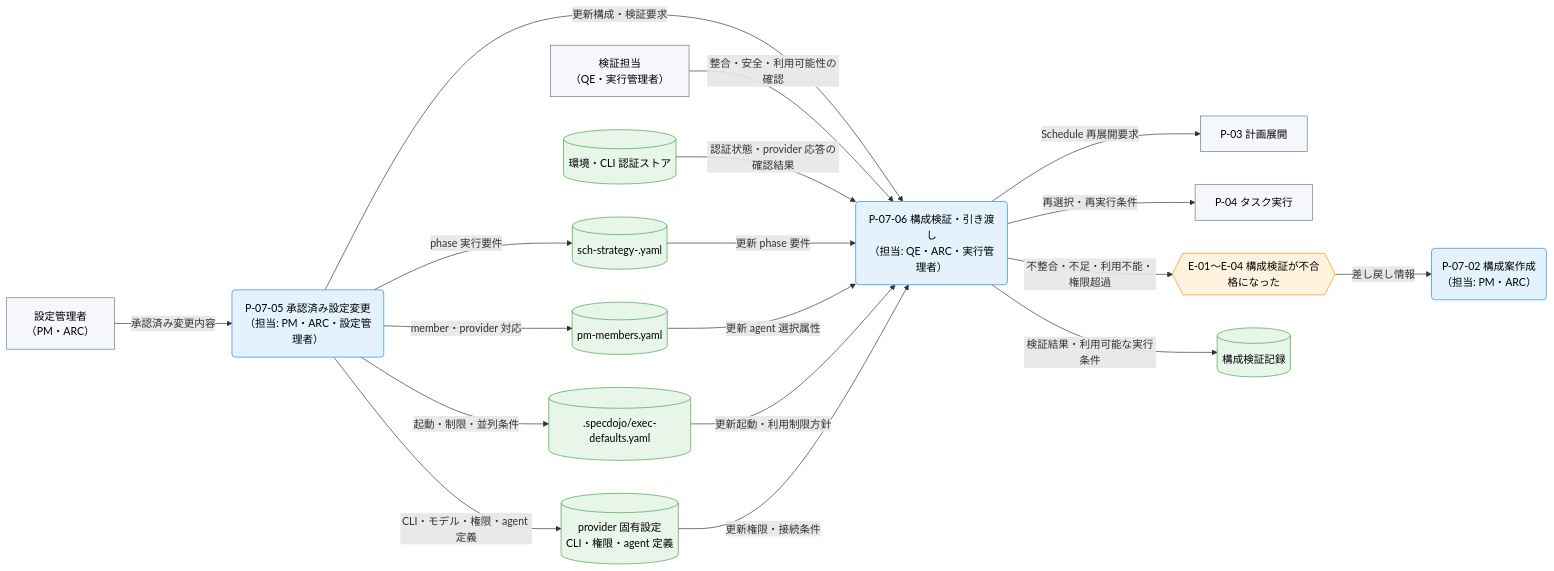
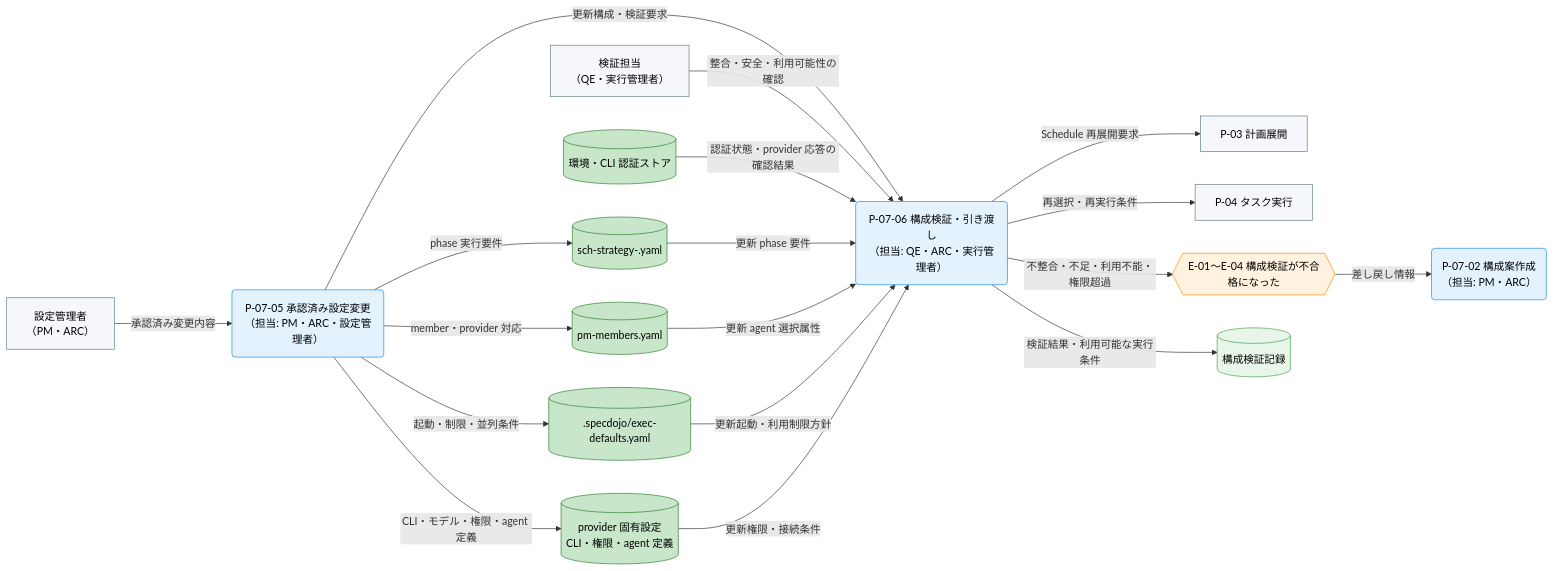
The third of 3 diagrams in docs/ja/product/010-business-specs/010-data-flow/cdfd-agent-config-operation.md (specdojo/specdojo), drawn with Mermaid before and after one commit. The commit also changed other lines of this file and 6 other files, not shown here.

````diff
--- a/docs/ja/product/010-business-specs/010-data-flow/cdfd-agent-config-operation.md
+++ b/docs/ja/product/010-business-specs/010-data-flow/cdfd-agent-config-operation.md
@@ -140,48 +144,50 @@
 ```mermaid
 flowchart LR
   classDef process fill:#e3f2fd,stroke:#1e88e5,color:#000
   classDef event fill:#fff3e0,stroke:#fb8c00,color:#000
-  classDef store fill:#e8f5e9,stroke:#43a047,color:#000
+  classDef storeMaster fill:#c8e6c9,stroke:#2e7d32,color:#000
+  classDef storeTransaction fill:#e8f5e9,stroke:#43a047,color:#000
   classDef actor fill:#f5f7fa,stroke:#607d8b,color:#000
 
   設定管理者["設定管理者<br>（PM・ARC）"]
   検証担当["検証担当<br>（QE・実行管理者）"]
   計画展開["P-03 計画展開"]
   タスク実行["P-04 タスク実行"]
 
   検証不合格{{"E-01〜E-04 構成検証が不合格になった"}}
 
   承認済み設定変更("P-07-05 承認済み設定変更<br>（担当: PM・ARC・設定管理者）")
   構成検証引き渡し("P-07-06 構成検証・引き渡し<br>（担当: QE・ARC・実行管理者）")
   構成案作成("P-07-02 構成案作成<br>（担当: PM・ARC）")
 
   スケジュール戦略[("sch-strategy-<track>.yaml")]
   memberRoster[("pm-members.yaml")]
   provider実行既定[(".specdojo/exec-defaults.yaml")]
   provider固有設定[("provider 固有設定<br>CLI・権限・agent 定義")]
   認証ストア[("環境・CLI 認証ストア")]
   検証記録[("構成検証記録")]
 
   設定管理者 -->|"承認済み変更内容"| 承認済み設定変更
   承認済み設定変更 -->|"phase 実行要件"| スケジュール戦略
   承認済み設定変更 -->|"member・provider 対応"| memberRoster
   承認済み設定変更 -->|"起動・制限・並列条件"| provider実行既定
   承認済み設定変更 -->|"CLI・モデル・権限・agent 定義"| provider固有設定
   承認済み設定変更 -->|"更新構成・検証要求"| 構成検証引き渡し
   検証担当 -->|"整合・安全・利用可能性の確認"| 構成検証引き渡し
   認証ストア -->|"認証状態・provider 応答の確認結果"| 構成検証引き渡し
   スケジュール戦略 -->|"更新 phase 要件"| 構成検証引き渡し
   memberRoster -->|"更新 agent 選択属性"| 構成検証引き渡し
   provider実行既定 -->|"更新起動・利用制限方針"| 構成検証引き渡し
   provider固有設定 -->|"更新権限・接続条件"| 構成検証引き渡し
   構成検証引き渡し -->|"不整合・不足・利用不能・権限超過"| 検証不合格
   検証不合格 -->|"差し戻し情報"| 構成案作成
   構成検証引き渡し -->|"検証結果・利用可能な実行条件"| 検証記録
   構成検証引き渡し -->|"Schedule 再展開要求"| 計画展開
   構成検証引き渡し -->|"再選択・再実行条件"| タスク実行
 
   class 承認済み設定変更,構成検証引き渡し,構成案作成 process
   class 検証不合格 event
-  class スケジュール戦略,memberRoster,provider実行既定,provider固有設定,認証ストア,検証記録 store
+  class スケジュール戦略,memberRoster,provider実行既定,provider固有設定,認証ストア storeMaster
+  class 検証記録 storeTransaction
   class 設定管理者,検証担当,計画展開,タスク実行 actor
 ```
````
